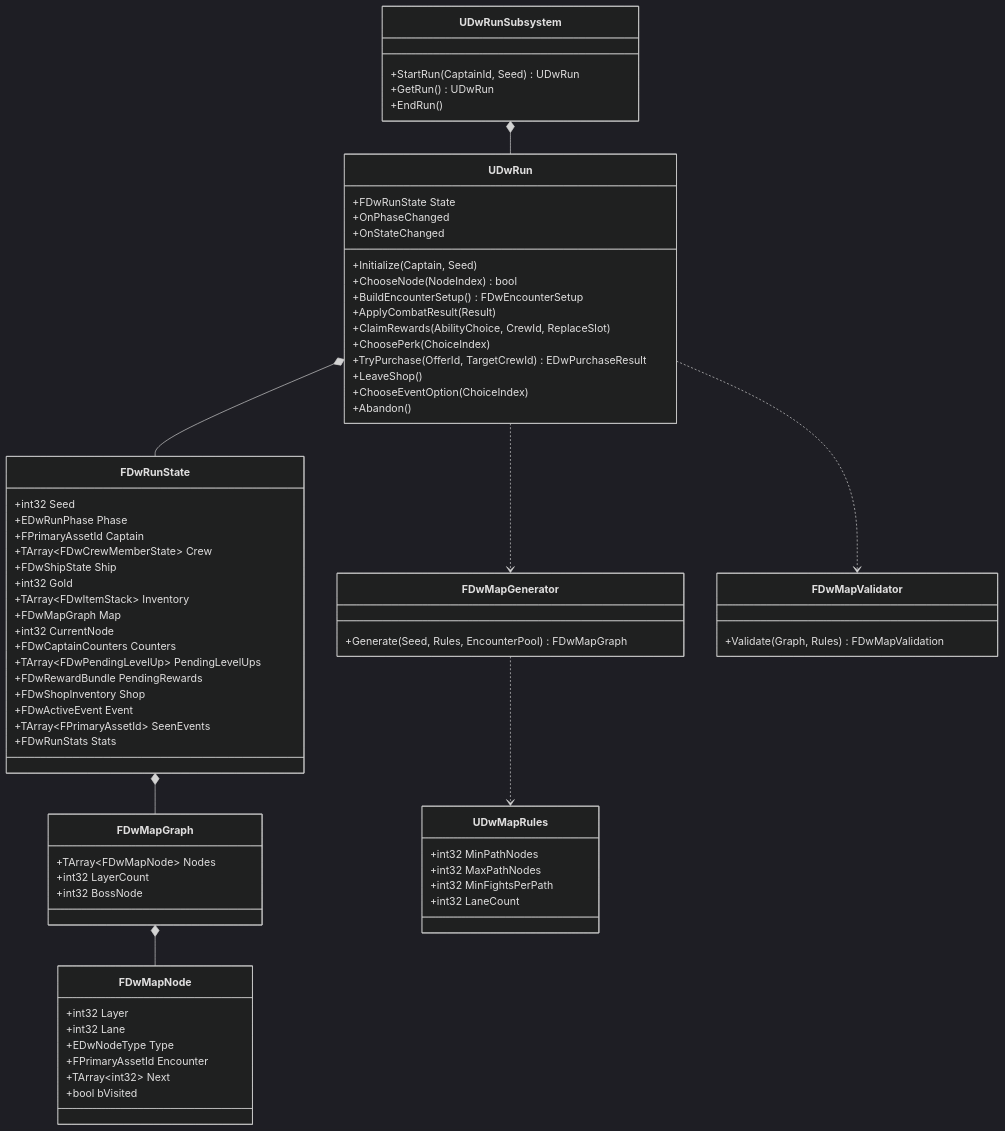
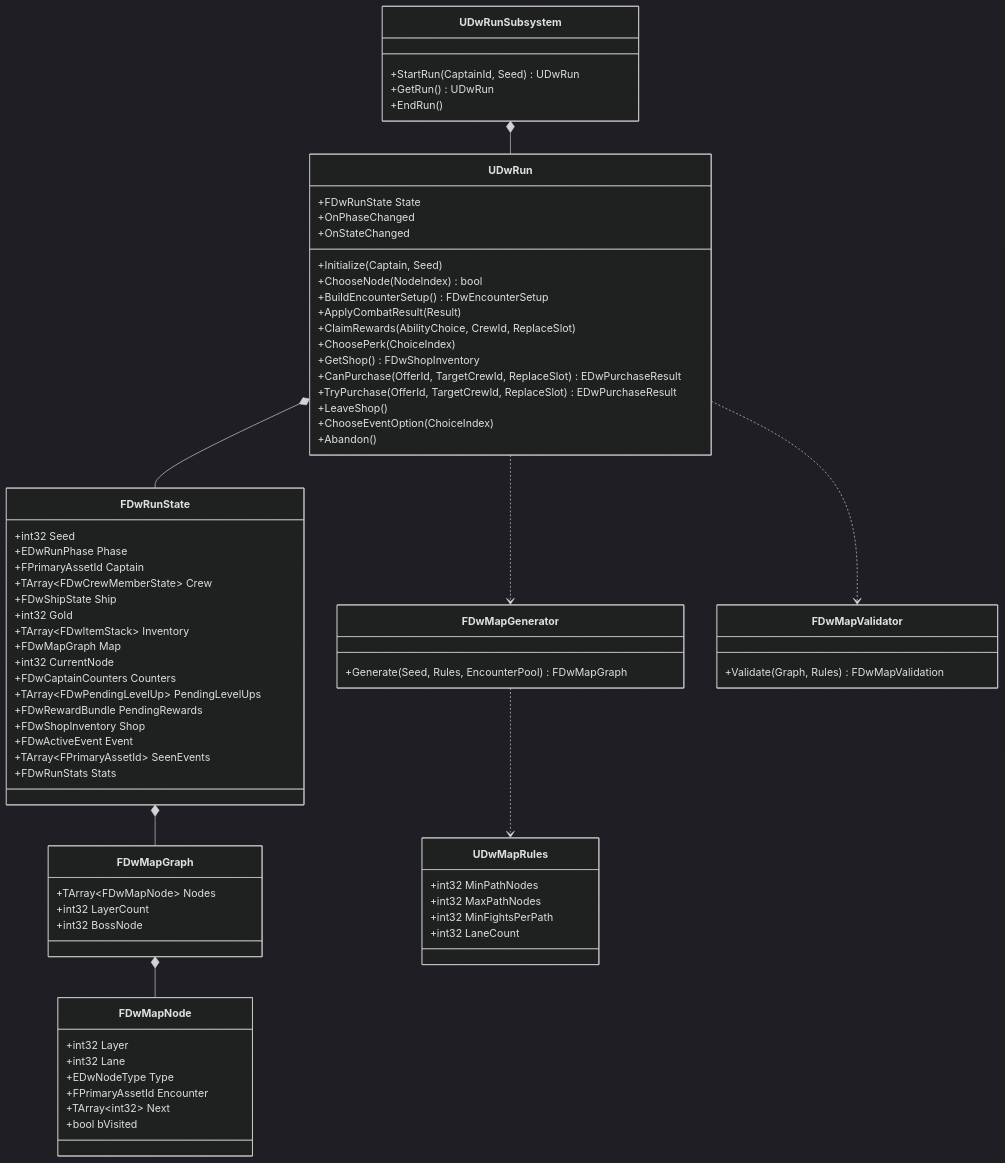
One commit to bhillig/deadwater-run changed the diagram in Docs/Architecture/09-Run-Map.md. Above: the diagram before and after it, drawn with Mermaid (dark theme). The commit also changed other lines of this file and 55 other files, not shown here.

````diff
--- a/Docs/Architecture/09-Run-Map.md
+++ b/Docs/Architecture/09-Run-Map.md
@@ -27,73 +27,75 @@
 ```mermaid
 classDiagram
     class UDwRunSubsystem {
         +StartRun(CaptainId, Seed) UDwRun
         +GetRun() UDwRun
         +EndRun()
     }
     class UDwRun {
         +FDwRunState State
         +Initialize(Captain, Seed)
         +ChooseNode(NodeIndex) bool
         +BuildEncounterSetup() FDwEncounterSetup
         +ApplyCombatResult(Result)
         +ClaimRewards(AbilityChoice, CrewId, ReplaceSlot)
         +ChoosePerk(ChoiceIndex)
-        +TryPurchase(OfferId, TargetCrewId) EDwPurchaseResult
+        +GetShop() FDwShopInventory
+        +CanPurchase(OfferId, TargetCrewId, ReplaceSlot) EDwPurchaseResult
+        +TryPurchase(OfferId, TargetCrewId, ReplaceSlot) EDwPurchaseResult
         +LeaveShop()
         +ChooseEventOption(ChoiceIndex)
         +Abandon()
         +OnPhaseChanged
         +OnStateChanged
     }
     class FDwRunState {
         +int32 Seed
         +EDwRunPhase Phase
         +FPrimaryAssetId Captain
         +TArray~FDwCrewMemberState~ Crew
         +FDwShipState Ship
         +int32 Gold
         +TArray~FDwItemStack~ Inventory
         +FDwMapGraph Map
         +int32 CurrentNode
         +FDwCaptainCounters Counters
         +TArray~FDwPendingLevelUp~ PendingLevelUps
         +FDwRewardBundle PendingRewards
         +FDwShopInventory Shop
         +FDwActiveEvent Event
         +TArray~FPrimaryAssetId~ SeenEvents
         +FDwRunStats Stats
     }
     class FDwMapGraph {
         +TArray~FDwMapNode~ Nodes
         +int32 LayerCount
         +int32 BossNode
     }
     class FDwMapNode {
         +int32 Layer
         +int32 Lane
         +EDwNodeType Type
         +FPrimaryAssetId Encounter
         +TArray~int32~ Next
         +bool bVisited
     }
     class FDwMapGenerator {
         +Generate(Seed, Rules, EncounterPool) FDwMapGraph
     }
     class FDwMapValidator {
         +Validate(Graph, Rules) FDwMapValidation
     }
     class UDwMapRules {
         +int32 MinPathNodes
         +int32 MaxPathNodes
         +int32 MinFightsPerPath
         +int32 LaneCount
     }
     UDwRunSubsystem *-- UDwRun
     UDwRun *-- FDwRunState
     FDwRunState *-- FDwMapGraph
     FDwMapGraph *-- FDwMapNode
     UDwRun ..> FDwMapGenerator
     UDwRun ..> FDwMapValidator
     FDwMapGenerator ..> UDwMapRules
 ```
````
